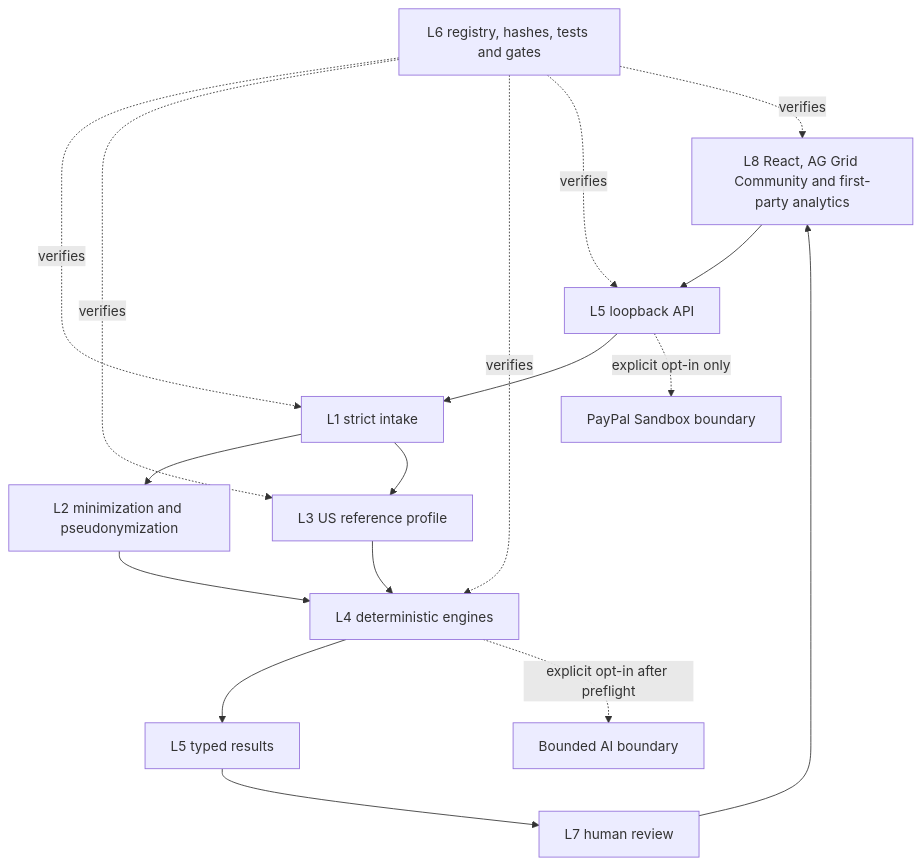
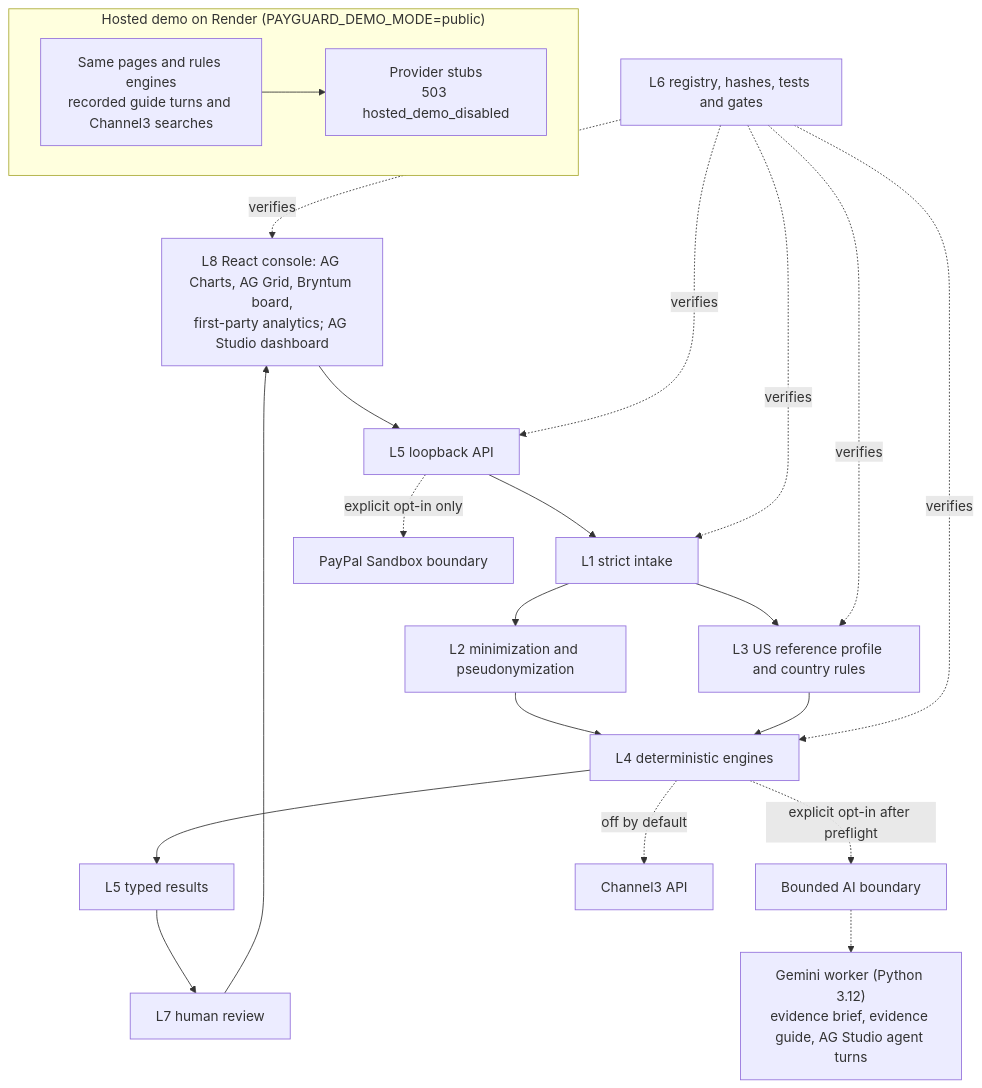
One commit to jiarong0423/payguard-ai changed the third of 3 diagrams in docs/decisions/2026Q4/architecture.md. Above: the diagram before and after it, drawn with Mermaid. The commit also changed other lines of this file and 99 other files, not shown here.

Commit message:
Public release 2026-11-05: two real Sandbox evidence sends with masked receipts, Proof page, diagrams (PNG, SVG, Mermaid), unmasked-id guard, wording

````diff
--- a/docs/decisions/2026Q4/architecture.md
+++ b/docs/decisions/2026Q4/architecture.md
@@ -108,19 +113,24 @@
 ```mermaid
 flowchart TB
-  UI["L8 React, AG Grid Community and first-party analytics"] --> API["L5 loopback API"]
+  UI["L8 React console: AG Charts, AG Grid, Bryntum board,<br/>first-party analytics; AG Studio dashboard"] --> API["L5 loopback API"]
   API --> ING["L1 strict intake"]
   ING --> PRIV["L2 minimization and pseudonymization"]
-  ING --> POLICY["L3 US reference profile"]
+  ING --> POLICY["L3 US reference profile and country rules"]
   PRIV --> ENG["L4 deterministic engines"]
   POLICY --> ENG
   ENG --> REPORT["L5 typed results"]
   REPORT --> REVIEW["L7 human review"]
   REVIEW --> UI
   GOV["L6 registry, hashes, tests and gates"] -. verifies .-> ING
   GOV -. verifies .-> POLICY
   GOV -. verifies .-> ENG
   GOV -. verifies .-> API
   GOV -. verifies .-> UI
   API -. "explicit opt-in only" .-> SBX["PayPal Sandbox boundary"]
   ENG -. "explicit opt-in after preflight" .-> AI["Bounded AI boundary"]
+  AI -.-> WORKER["Gemini worker (Python 3.12)<br/>evidence brief, evidence guide, AG Studio agent turns"]
+  ENG -. "off by default" .-> C3["Channel3 API"]
+  subgraph HOSTED["Hosted demo on Render (PAYGUARD_DEMO_MODE=public)"]
+    HUI["Same pages and rules engines<br/>recorded guide turns and Channel3 searches"] --> HSTUB["Provider stubs<br/>503 hosted_demo_disabled"]
+  end
 ```
````
